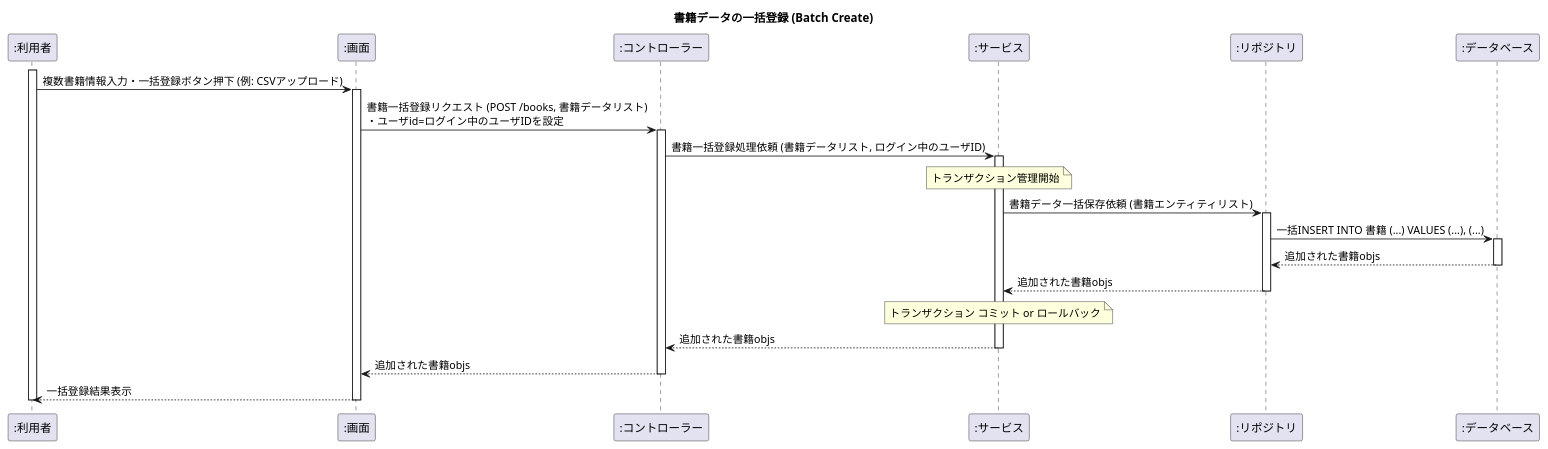
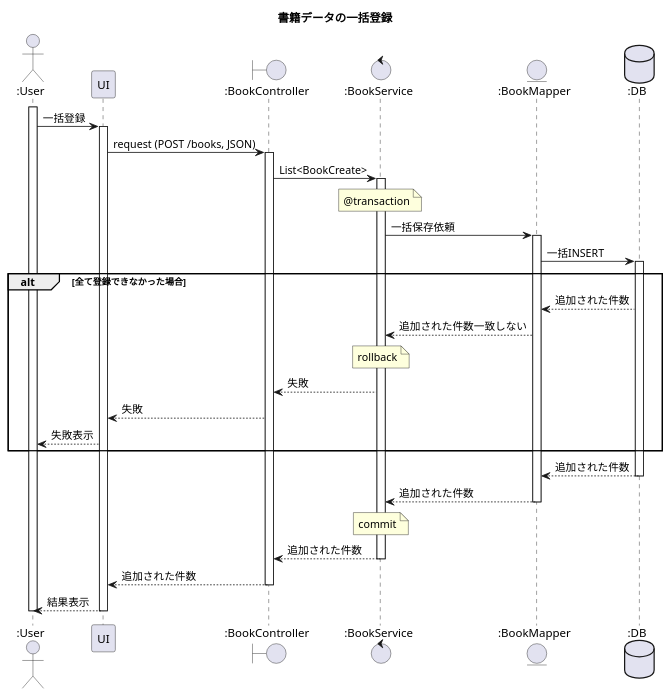
The diagram in document/book/registerBooks.puml (kien-ri/demo), drawn with PlantUML before and after one commit. The commit also changed 10 other files, not shown here.

```diff
--- a/document/book/registerBooks.puml
+++ b/document/book/registerBooks.puml
@@ -1,27 +1,37 @@
 @startuml registerBooks
 
-title 書籍データの一括登録 (Batch Create)
+title 書籍データの一括登録
 
-participant ":利用者" as User
-participant ":画面" as UI
-participant ":コントローラー" as Controller
-participant ":サービス" as Service
-participant ":リポジトリ" as Repo
-participant ":データベース" as DB
+actor ":User" as User
+participant "UI" as UI
+boundary ":BookController" as BookController
+control ":BookService" as BookService
+entity ":BookMapper" as BookMapper
+database ":DB" as DB
 
 activate User
-User -> UI ++ : 複数書籍情報入力・一括登録ボタン押下 (例: CSVアップロード)
-UI -> Controller ++ : 書籍一括登録リクエスト (POST /books, 書籍データリスト)\n・ユーザid=ログイン中のユーザIDを設定
-Controller -> Service ++ : 書籍一括登録処理依頼 (書籍データリスト, ログイン中のユーザID)
-note over Service : トランザクション管理開始
-Service -> Repo ++ : 書籍データ一括保存依頼 (書籍エンティティリスト)
-Repo -> DB ++ : 一括INSERT INTO 書籍 (...) VALUES (...), (...)
-DB --> Repo -- : 追加された書籍objs
-Repo --> Service -- : 追加された書籍objs
-note over Service : トランザクション コミット or ロールバック
-Service --> Controller -- : 追加された書籍objs
-Controller --> UI -- : 追加された書籍objs
-UI --> User -- : 一括登録結果表示
+User -> UI ++ : 一括登録
+UI -> BookController ++ : request (POST /books, JSON)
+BookController -> BookService ++ : List<BookCreate>
+note over BookService : @transaction
+BookService -> BookMapper ++ : 一括保存依頼
+BookMapper -> DB ++ : 一括INSERT
+
+alt 全て登録できなかった場合
+    DB --> BookMapper : 追加された件数
+    BookMapper --> BookService : 追加された件数一致しない
+    note over BookService : rollback
+    BookService --> BookController : 失敗
+    BookController --> UI : 失敗
+    UI --> User : 失敗表示
+end
+
+DB --> BookMapper -- : 追加された件数
+BookMapper --> BookService -- : 追加された件数
+note over BookService : commit
+BookService --> BookController -- : 追加された件数
+BookController --> UI -- : 追加された件数
+UI --> User -- : 結果表示
 deactivate User
 
 @enduml
```
